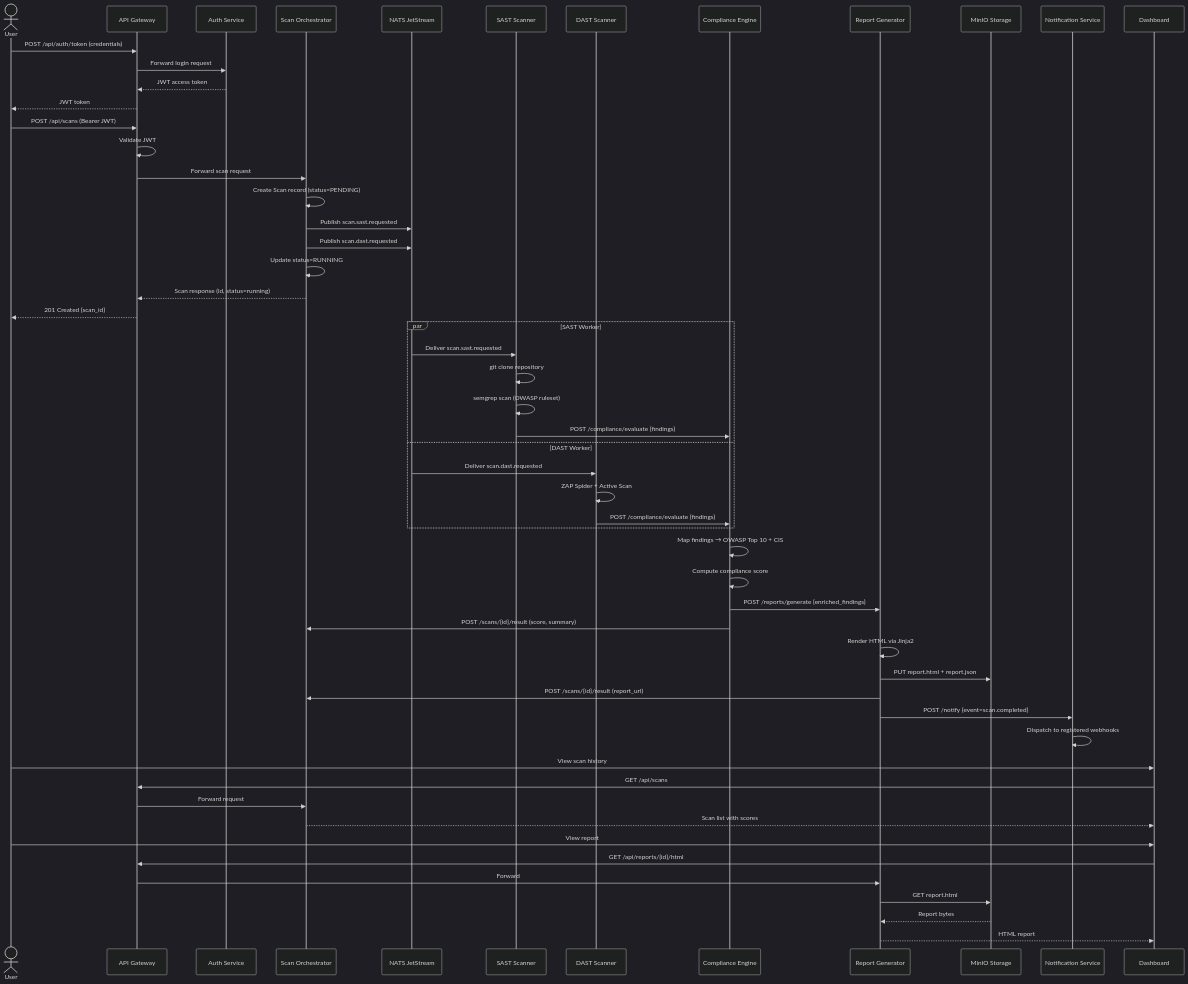
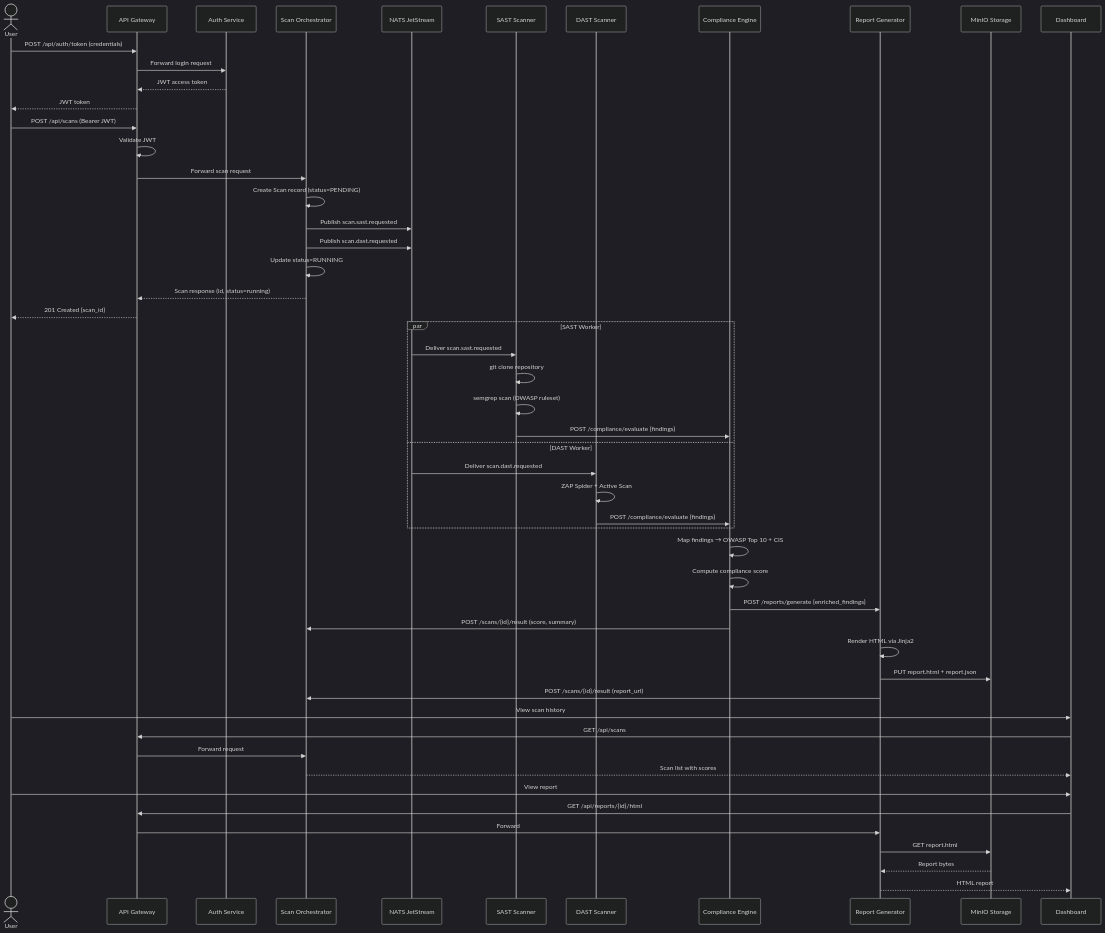
One commit to jerald-g/PSD_Cloud changed the diagram in docs/architecture/data-flow.md. Above: the diagram before and after it, drawn with Mermaid (dark theme). The commit also changed 47 other files, not shown here.

````diff
--- a/docs/architecture/data-flow.md
+++ b/docs/architecture/data-flow.md
@@ -11,65 +11,61 @@
 ```mermaid
 sequenceDiagram
     actor User
     participant GW as API Gateway
     participant AUTH as Auth Service
     participant ORCH as Scan Orchestrator
     participant NATS as NATS JetStream
     participant SAST as SAST Scanner
     participant DAST as DAST Scanner
     participant CE as Compliance Engine
     participant RG as Report Generator
     participant MINIO as MinIO Storage
-    participant NS as Notification Service
     participant DASH as Dashboard
 
     User->>GW: POST /api/auth/token (credentials)
     GW->>AUTH: Forward login request
     AUTH-->>GW: JWT access token
     GW-->>User: JWT token
 
     User->>GW: POST /api/scans (Bearer JWT)
     GW->>GW: Validate JWT
     GW->>ORCH: Forward scan request
     ORCH->>ORCH: Create Scan record (status=PENDING)
     ORCH->>NATS: Publish scan.sast.requested
     ORCH->>NATS: Publish scan.dast.requested
     ORCH->>ORCH: Update status=RUNNING
     ORCH-->>GW: Scan response (id, status=running)
     GW-->>User: 201 Created {scan_id}
 
     par SAST Worker
         NATS->>SAST: Deliver scan.sast.requested
         SAST->>SAST: git clone repository
         SAST->>SAST: semgrep scan (OWASP ruleset)
         SAST->>CE: POST /compliance/evaluate {findings}
     and DAST Worker
         NATS->>DAST: Deliver scan.dast.requested
         DAST->>DAST: ZAP Spider + Active Scan
         DAST->>CE: POST /compliance/evaluate {findings}
     end
 
     CE->>CE: Map findings → OWASP Top 10 + CIS
     CE->>CE: Compute compliance score
     CE->>RG: POST /reports/generate {enriched_findings}
     CE->>ORCH: POST /scans/{id}/result (score, summary)
 
     RG->>RG: Render HTML via Jinja2
     RG->>MINIO: PUT report.html + report.json
     RG->>ORCH: POST /scans/{id}/result (report_url)
-    RG->>NS: POST /notify {event=scan.completed}
-
-    NS->>NS: Dispatch to registered webhooks
 
     User->>DASH: View scan history
     DASH->>GW: GET /api/scans
     GW->>ORCH: Forward request
     ORCH-->>DASH: Scan list with scores
 
     User->>DASH: View report
     DASH->>GW: GET /api/reports/{id}/html
     GW->>RG: Forward
     RG->>MINIO: GET report.html
     MINIO-->>RG: Report bytes
     RG-->>DASH: HTML report
 ```
````
